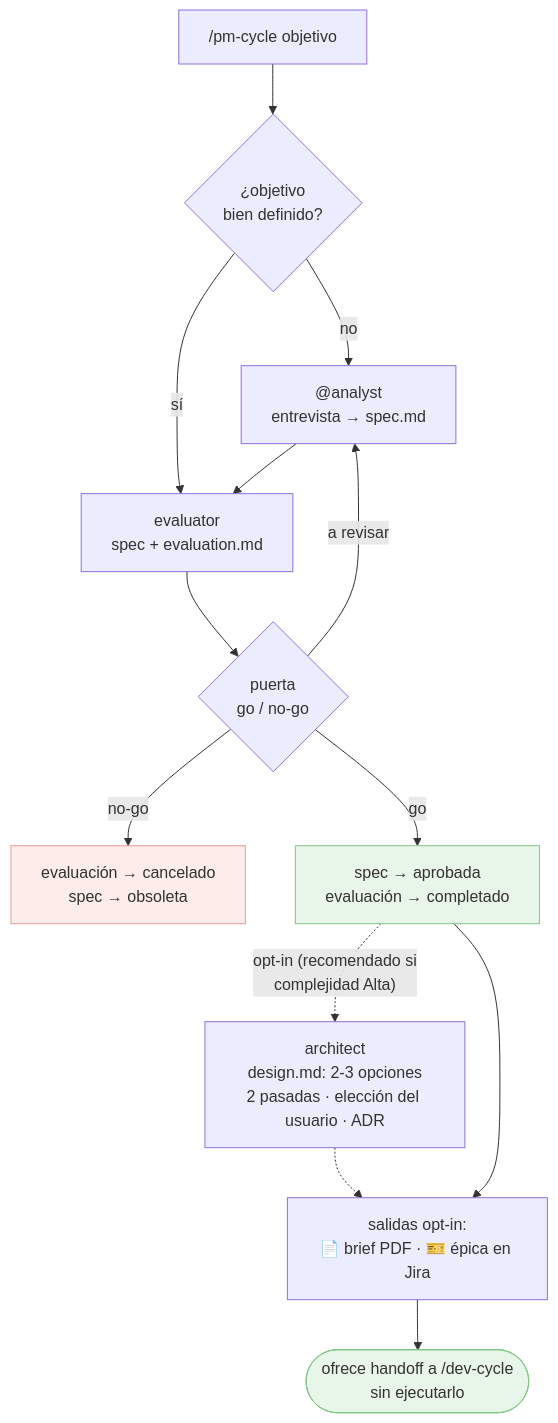
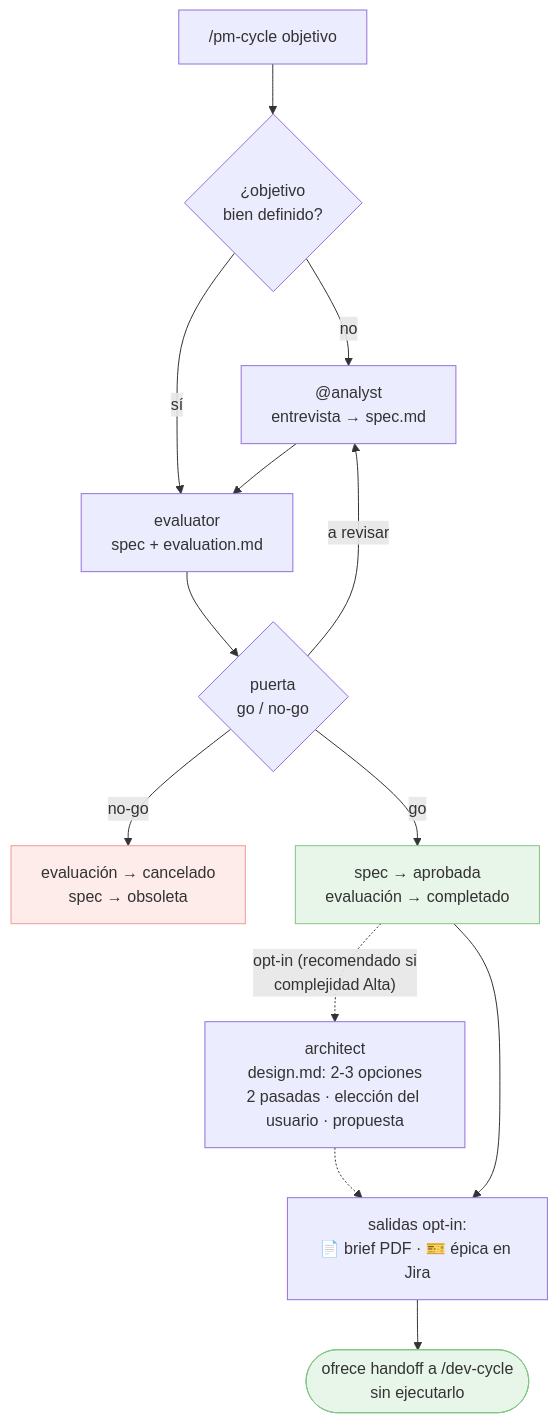
One commit to daycry/custom-agents changed the ninth of 24 diagrams in docs/FLOWS.md. Above: the diagram before and after it, drawn with Mermaid. The commit also changed other lines of this file and 106 other files, not shown here.

````diff
--- a/docs/FLOWS.md
+++ b/docs/FLOWS.md
@@ -170,18 +221,18 @@
 ```mermaid
 flowchart TD
     A["/pm-cycle objetivo"] --> B{"¿objetivo<br/>bien definido?"}
     B -->|no| C["@analyst<br/>entrevista → spec.md"]
     B -->|sí| D["evaluator<br/>spec + evaluation.md"]
     C --> D
     D --> E{"puerta<br/>go / no-go"}
     E -->|no-go| F["evaluación → cancelado<br/>spec → obsoleta"]
     E -->|a revisar| C
     E -->|go| G["spec → aprobada<br/>evaluación → completado"]
-    G -.->|"opt-in (recomendado si<br/>complejidad Alta)"| AR["architect<br/>design.md: 2-3 opciones<br/>2 pasadas · elección del usuario · ADR"]
+    G -.->|"opt-in (recomendado si<br/>complejidad Alta)"| AR["architect<br/>design.md: 2-3 opciones<br/>2 pasadas · elección del usuario · propuesta"]
     AR -.-> H
     G --> H["salidas opt-in:<br/>📄 brief PDF · 🎫 épica en Jira"]
     H --> I(["ofrece handoff a /dev-cycle<br/>sin ejecutarlo"])
     style F fill:#fdecea,stroke:#ef9a9a
     style G fill:#e8f5e9,stroke:#81c784
     style I fill:#e8f5e9,stroke:#81c784
 ```
````
